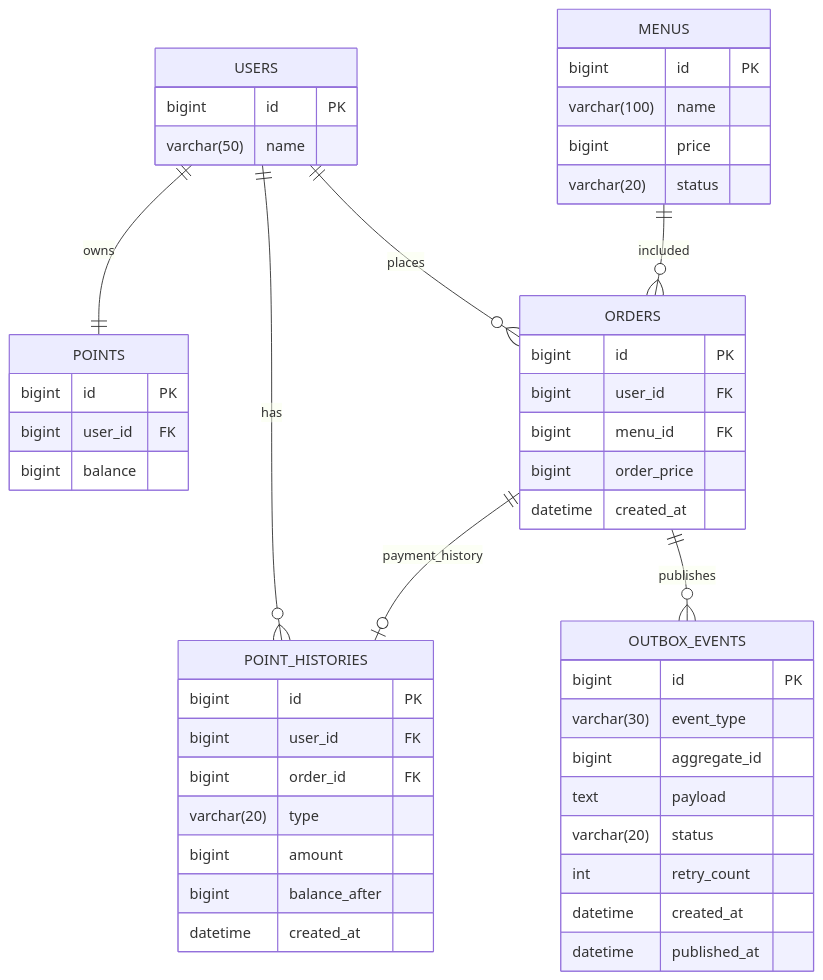
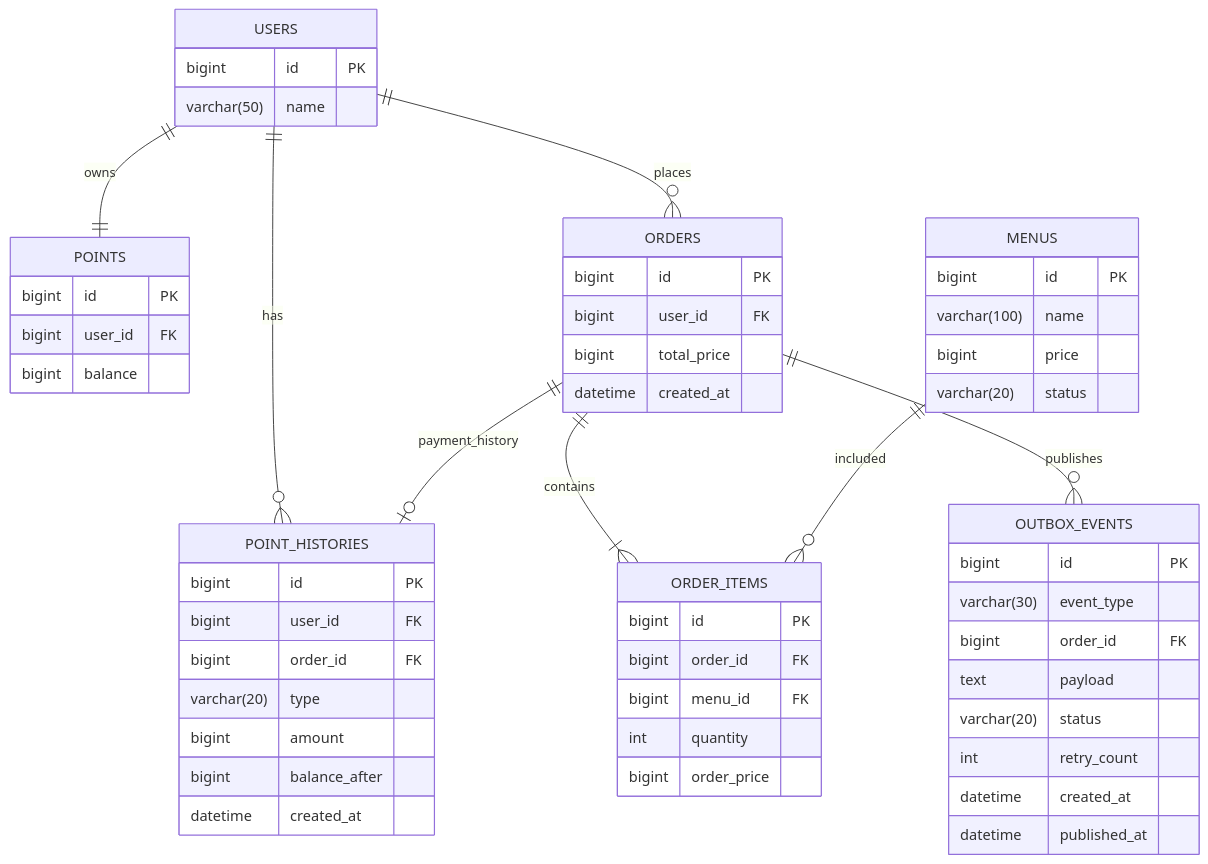
Before and after one commit to devdong1231/coffee-project: the diagram in README.md, drawn with Mermaid. The commit also changed other lines of this file, not shown here.

````diff
--- a/README.md
+++ b/README.md
@@ -122,56 +137,64 @@
 ```mermaid
 erDiagram
     USERS ||--|| POINTS: owns
     USERS ||--o{ POINT_HISTORIES: has
     USERS ||--o{ ORDERS: places
-    MENUS ||--o{ ORDERS: included
+    ORDERS ||--|{ ORDER_ITEMS: contains
+    MENUS ||--o{ ORDER_ITEMS: included
     ORDERS ||--o| POINT_HISTORIES: payment_history
     ORDERS ||--o{ OUTBOX_EVENTS: publishes
 
     USERS {
         bigint id PK
         varchar(50) name
     }
 
     MENUS {
         bigint id PK
         varchar(100) name
         bigint price
         varchar(20) status
     }
 
     POINTS {
         bigint id PK
         bigint user_id FK
         bigint balance
     }
 
     POINT_HISTORIES {
         bigint id PK
         bigint user_id FK
         bigint order_id FK
         varchar(20) type
         bigint amount
         bigint balance_after
         datetime created_at
     }
 
     ORDERS {
         bigint id PK
         bigint user_id FK
+        bigint total_price
+        datetime created_at
+    }
+
+    ORDER_ITEMS {
+        bigint id PK
+        bigint order_id FK
         bigint menu_id FK
+        int quantity
         bigint order_price
-        datetime created_at
     }
 
     OUTBOX_EVENTS {
         bigint id PK
         varchar(30) event_type
-        bigint aggregate_id
+        bigint order_id FK
         text payload
         varchar(20) status
         int retry_count
         datetime created_at
         datetime published_at
     }
 ```
````
